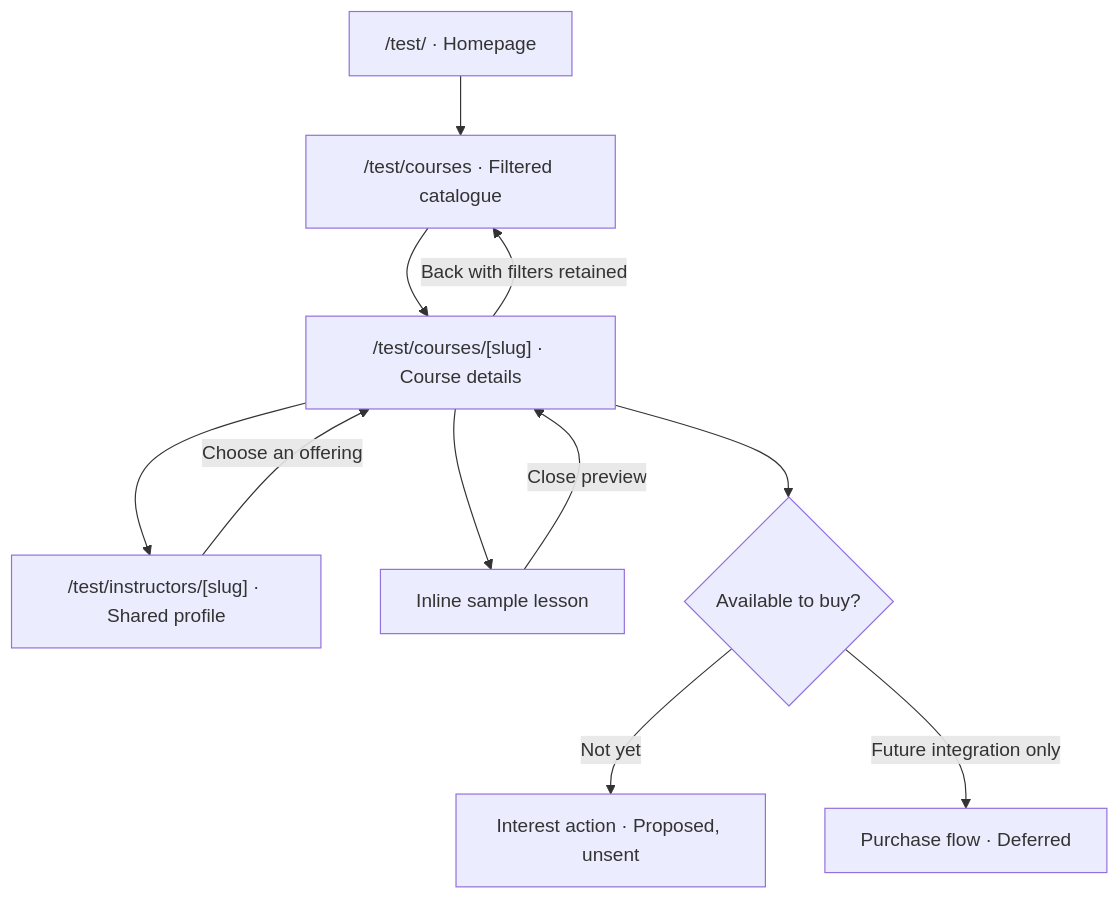
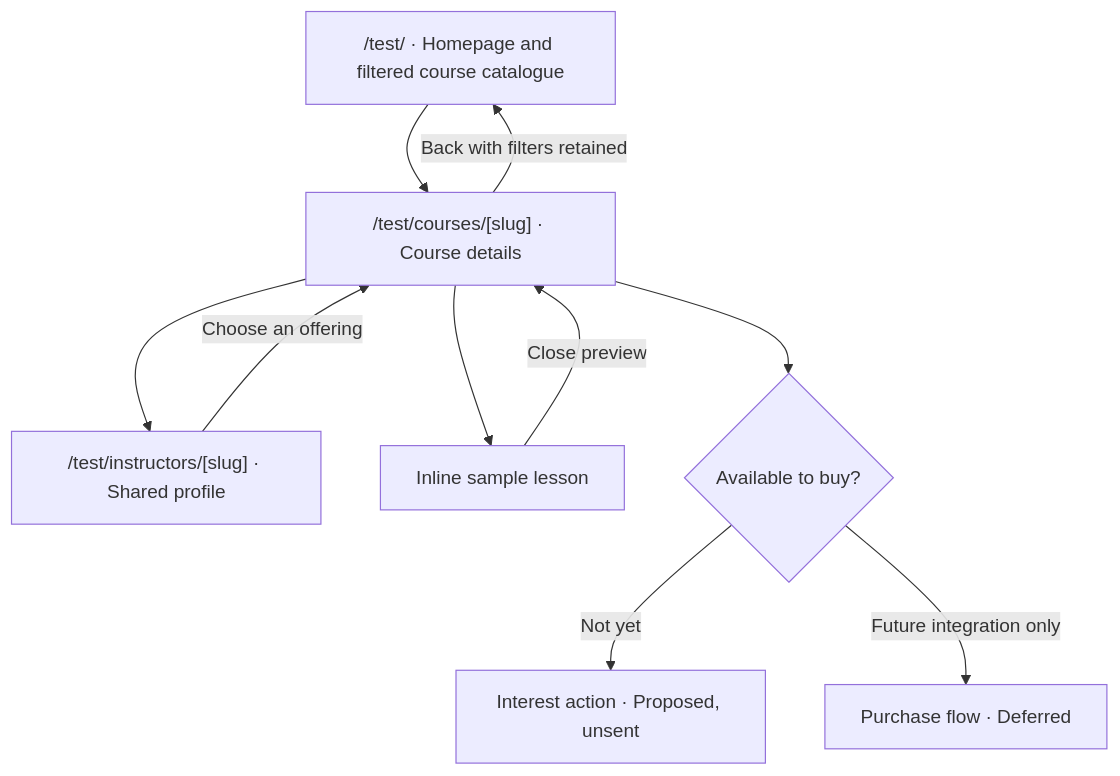
The second of 4 diagrams in docs/engineering/TEST_SITE_MAP.md (Physcratic/physcratic), drawn with Mermaid before and after one commit. The commit also changed other lines of this file and 2 other files, not shown here.

Commit message:
docs: make experimental homepage the primary course catalogue

````diff
--- a/docs/engineering/TEST_SITE_MAP.md
+++ b/docs/engineering/TEST_SITE_MAP.md
@@ -66,13 +64,12 @@
 ```mermaid
 flowchart TD
-  home["/test/ · Homepage"] --> catalog["/test/courses · Filtered catalogue"]
-  catalog --> course["/test/courses/[slug] · Course details"]
+  catalog["/test/ · Homepage and filtered course catalogue"] --> course["/test/courses/[slug] · Course details"]
   course --> instructor["/test/instructors/[slug] · Shared profile"]
   instructor -->|Choose an offering| course
   course -->|Back with filters retained| catalog
   course --> preview["Inline sample lesson"]
   preview -->|Close preview| course
   course --> availability{"Available to buy?"}
   availability -->|Not yet| interest["Interest action · Proposed, unsent"]
   availability -->|Future integration only| purchase["Purchase flow · Deferred"]
 ```
````
